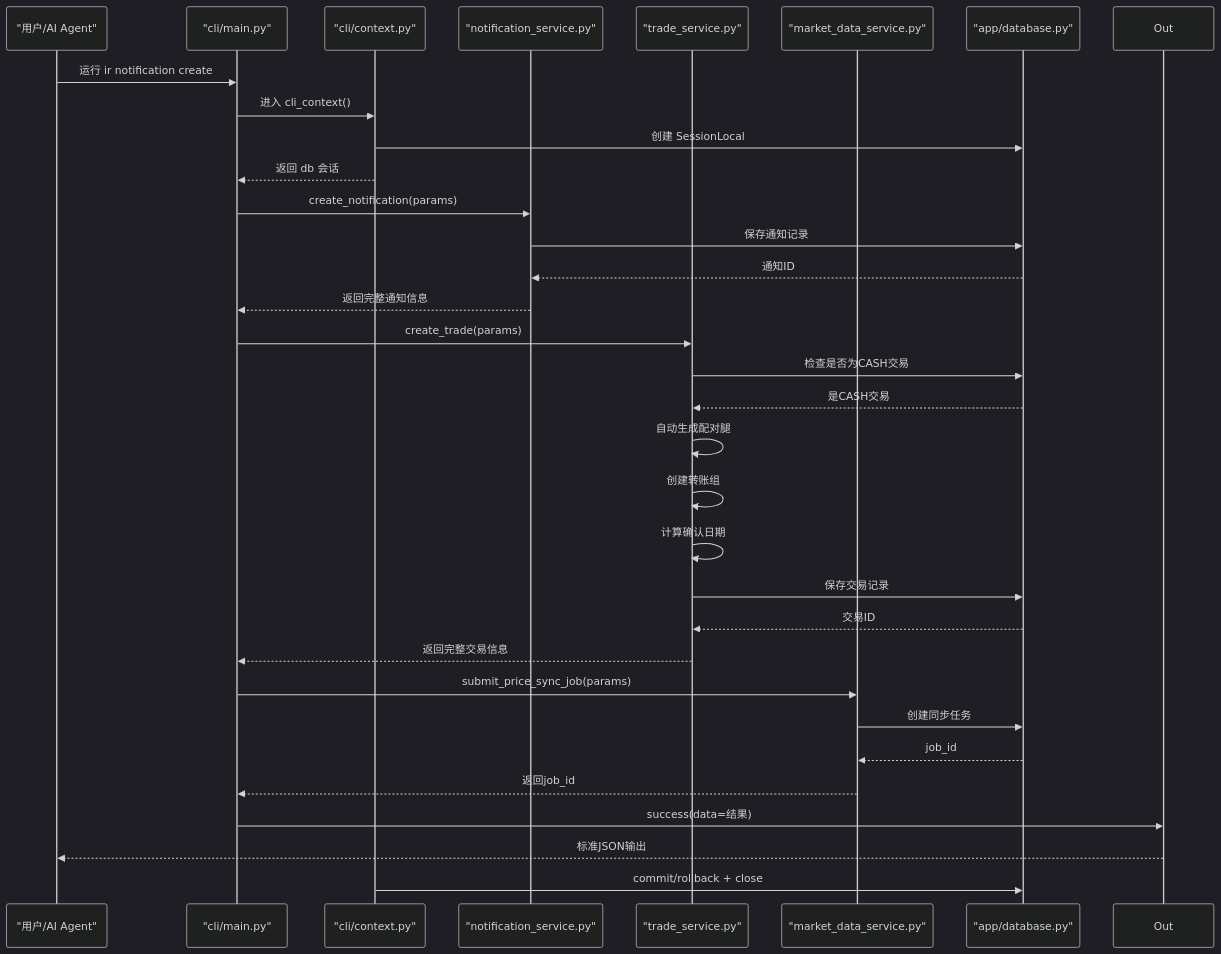
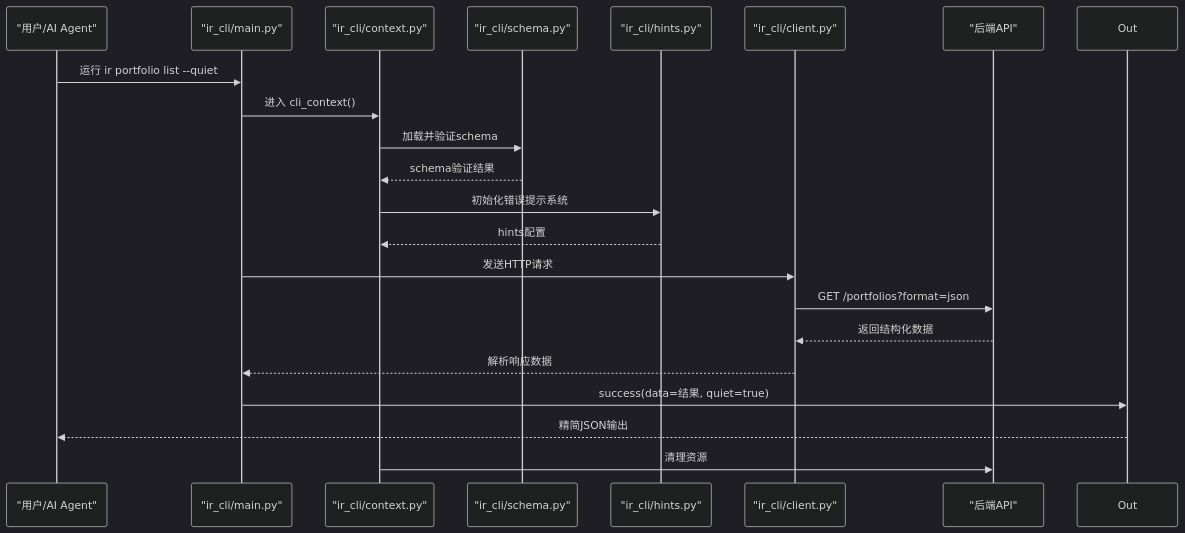
The second of 5 diagrams in .qoder/repowiki/zh/content/开发指南/InvestRing Admin CLI 工具.md (gujialind/InvestRing), drawn with Mermaid (dark theme) before and after one commit. The commit also changed other lines of this file and 8 other files, not shown here.

````diff
--- a/.qoder/repowiki/zh/content/开发指南/InvestRing Admin CLI 工具.md
+++ b/.qoder/repowiki/zh/content/开发指南/InvestRing Admin CLI 工具.md
@@ -152,34 +133,23 @@
 ```mermaid
 sequenceDiagram
 participant User as "用户/AI Agent"
-participant CLI as "cli/main.py"
-participant Ctx as "cli/context.py"
-participant NotifSvc as "notification_service.py"
-participant TradeSvc as "trade_service.py"
-participant MarketSvc as "market_data_service.py"
-participant DB as "app/database.py"
-User->>CLI : 运行 ir notification create
+participant CLI as "ir_cli/main.py"
+participant Ctx as "ir_cli/context.py"
+participant Sch as "ir_cli/schema.py"
+participant Hnt as "ir_cli/hints.py"
+participant Cli as "ir_cli/client.py"
+participant API as "后端API"
+User->>CLI : 运行 ir portfolio list --quiet
 CLI->>Ctx : 进入 cli_context()
-Ctx->>DB : 创建 SessionLocal
-Ctx-->>CLI : 返回 db 会话
-CLI->>NotifSvc : create_notification(params)
-NotifSvc->>DB : 保存通知记录
-DB-->>NotifSvc : 通知ID
-NotifSvc-->>CLI : 返回完整通知信息
-CLI->>TradeSvc : create_trade(params)
-TradeSvc->>DB : 检查是否为CASH交易
-DB-->>TradeSvc : 是CASH交易
-TradeSvc->>TradeSvc : 自动生成配对腿
-TradeSvc->>TradeSvc : 创建转账组
-TradeSvc->>TradeSvc : 计算确认日期
-TradeSvc->>DB : 保存交易记录
-DB-->>TradeSvc : 交易ID
-TradeSvc-->>CLI : 返回完整交易信息
-CLI->>MarketSvc : submit_price_sync_job(params)
-MarketSvc->>DB : 创建同步任务
-DB-->>MarketSvc : job_id
-MarketSvc-->>CLI : 返回job_id
-CLI->>Out : success(data=结果)
-Out-->>User : 标准JSON输出
-Ctx->>DB : commit/rollback + close
+Ctx->>Sch : 加载并验证schema
+Sch-->>Ctx : schema验证结果
+Ctx->>Hnt : 初始化错误提示系统
+Hnt-->>Ctx : hints配置
+CLI->>Cli : 发送HTTP请求
+Cli->>API : GET /portfolios?format=json
+API-->>Cli : 返回结构化数据
+Cli-->>CLI : 解析响应数据
+CLI->>Out : success(data=结果, quiet=true)
+Out-->>User : 精简JSON输出
+Ctx->>API : 清理资源
 ```
````
